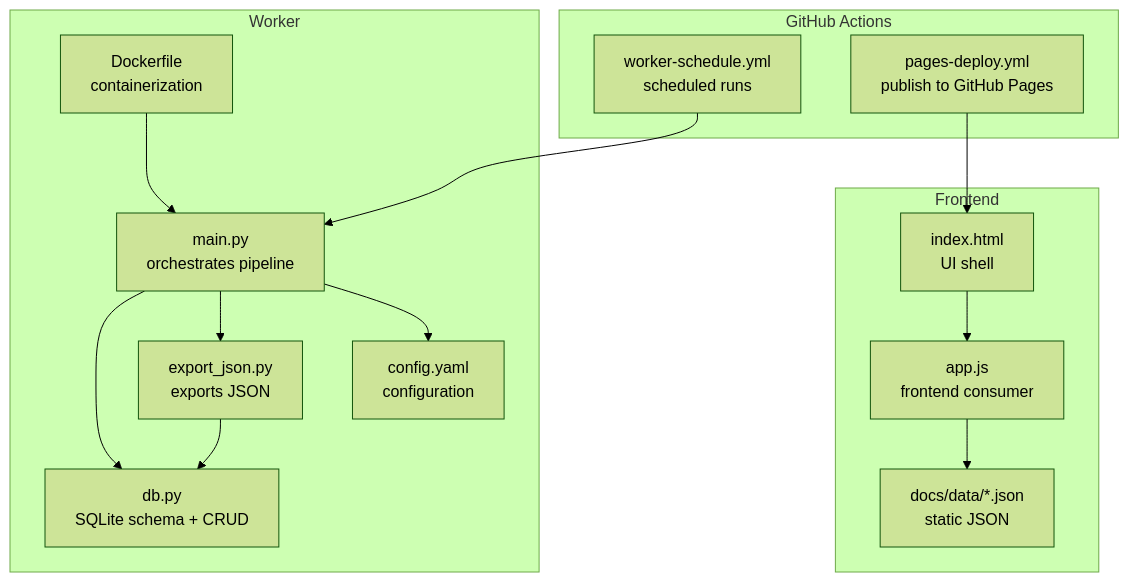
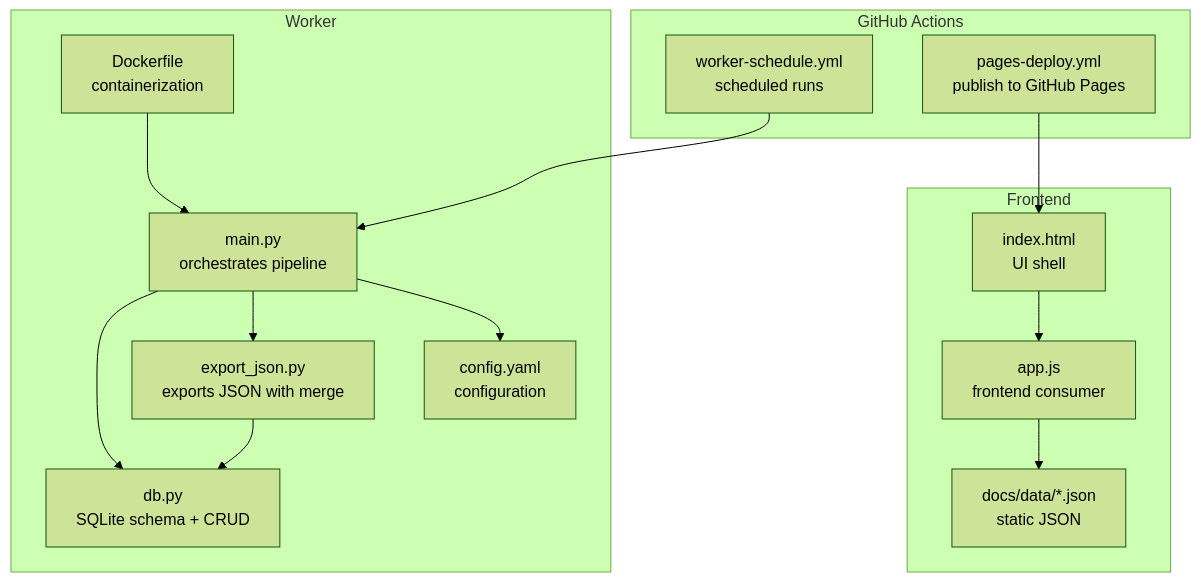
The first of 6 diagrams in .qoder/repowiki/en/content/Data Management/JSON Export System.md (shakthi-vinayak/news), drawn with Mermaid (forest theme) before and after one commit. The commit also changed other lines of this file and 55 other files, not shown here.

````diff
--- a/.qoder/repowiki/en/content/Data Management/JSON Export System.md
+++ b/.qoder/repowiki/en/content/Data Management/JSON Export System.md
@@ -48,28 +50,28 @@
 ```mermaid
 graph TB
 subgraph "Worker"
 MAIN["main.py<br/>orchestrates pipeline"]
 CFG["config.yaml<br/>configuration"]
-EXP["export_json.py<br/>exports JSON"]
+EXP["export_json.py<br/>exports JSON with merge"]
 DBMOD["db.py<br/>SQLite schema + CRUD"]
 DKF["Dockerfile<br/>containerization"]
 end
 subgraph "GitHub Actions"
 SCHED["worker-schedule.yml<br/>scheduled runs"]
 PAGES["pages-deploy.yml<br/>publish to GitHub Pages"]
 end
 subgraph "Frontend"
 HTML["index.html<br/>UI shell"]
 APP["app.js<br/>frontend consumer"]
 DATA["docs/data/*.json<br/>static JSON"]
 end
 MAIN --> DBMOD
 MAIN --> EXP
 MAIN --> CFG
 EXP --> DBMOD
 SCHED --> MAIN
 PAGES --> HTML
 HTML --> APP
 APP --> DATA
 DKF --> MAIN
 ```
````
